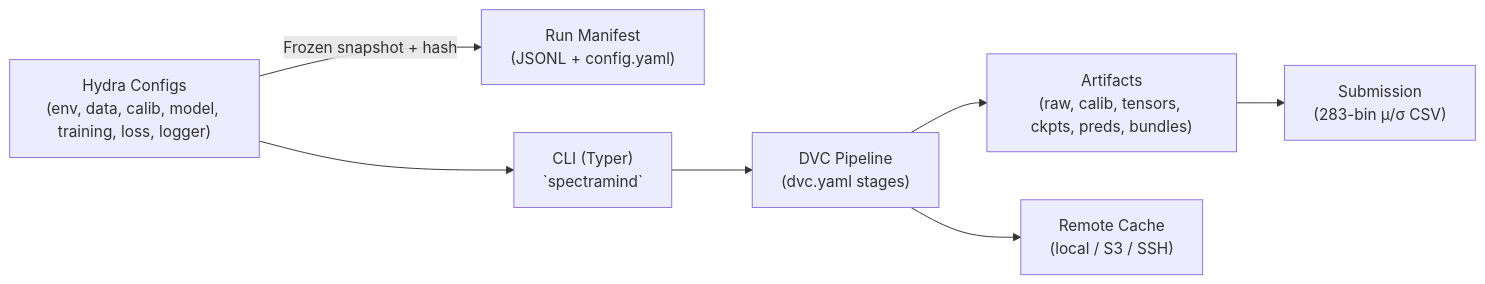
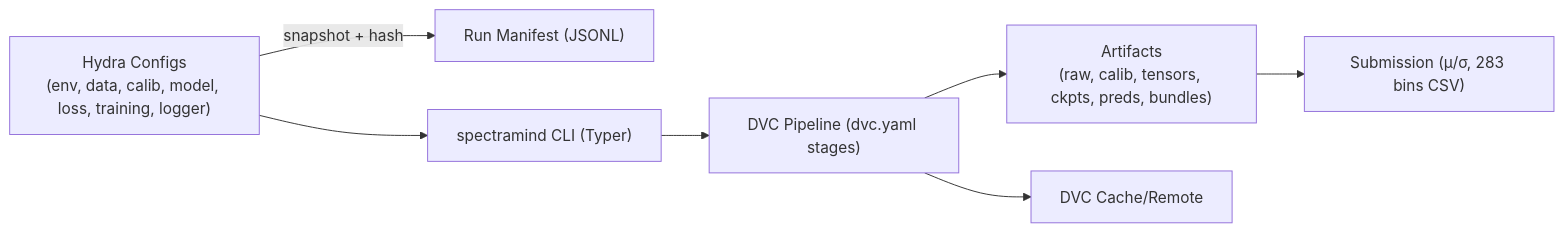
Before and after one commit to bartytime4life/SpectralMindV50: the diagram in ADR/0001-choose-hydra-dvc.md, drawn with Mermaid. The commit also changed other lines of this file, not shown here.

Commit message:
Revise ADR 0001 for Hydra and DVC adoption

````diff
--- a/ADR/0001-choose-hydra-dvc.md
+++ b/ADR/0001-choose-hydra-dvc.md
@@ -80,11 +73,11 @@
 ```mermaid
 flowchart LR
-  A["Hydra Configs\n(env, data, calib, model, training, loss, logger)"]
-    -->|Frozen snapshot + hash| B["Run Manifest\n(JSONL + config.yaml)"]
+  A["Hydra Configs\n(env, data, calib, model, loss, training, logger)"]
+    -->|snapshot + hash| B["Run Manifest (JSONL)"]
 
-  A --> C["CLI (Typer)\n`spectramind`"]
-  C --> D["DVC Pipeline\n(dvc.yaml stages)"]
+  A --> C["spectramind CLI (Typer)"]
+  C --> D["DVC Pipeline (dvc.yaml stages)"]
   D --> E["Artifacts\n(raw, calib, tensors, ckpts, preds, bundles)"]
-  D --> G["Remote Cache\n(local / S3 / SSH)"]
-  E --> F["Submission\n(283-bin μ/σ CSV)"]
+  D --> G["DVC Cache/Remote"]
+  E --> F["Submission (μ/σ, 283 bins CSV)"]
 ```
````
